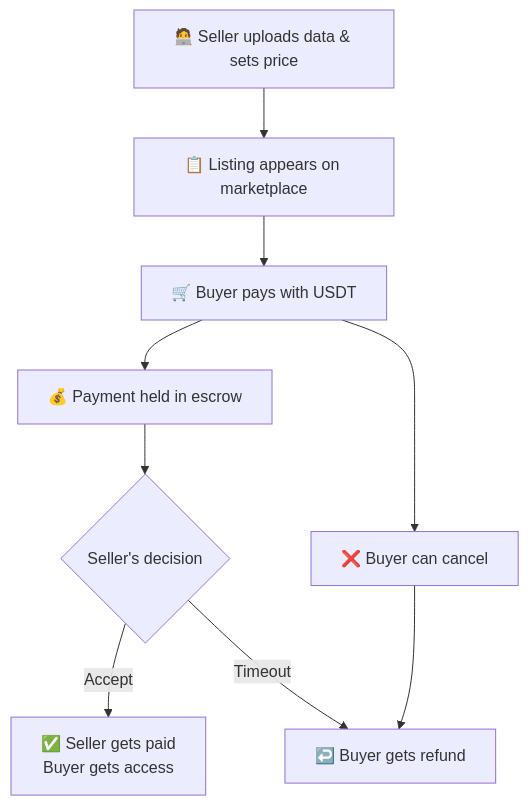
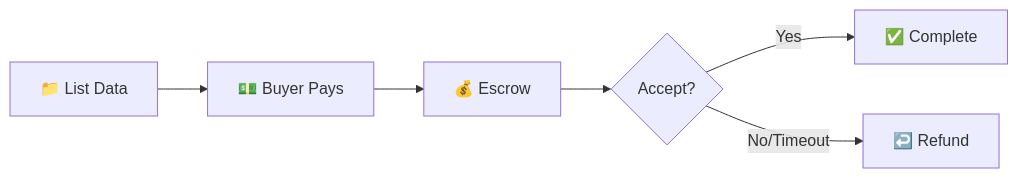
One commit to Selcuk05/veridy-core changed the second of 2 diagrams in README.md. Above: the diagram before and after it, drawn with Mermaid. The commit also changed other lines of this file, not shown here.

````diff
--- a/README.md
+++ b/README.md
@@ -36,11 +34,8 @@
 ```mermaid
-flowchart TB
-    A[🧑‍💻 Seller uploads data & sets price] --> B[📋 Listing appears on marketplace]
-    B --> C[🛒 Buyer pays with USDT]
-    C --> D[💰 Payment held in escrow]
-    D --> E{Seller's decision}
-    E -->|Accept| F[✅ Seller gets paid<br/>Buyer gets access]
-    E -->|Timeout| G[↩️ Buyer gets refund]
-    C --> H[❌ Buyer can cancel]
-    H --> G
+flowchart LR
+    A[📁 List Data] --> B[💵 Buyer Pays]
+    B --> C[💰 Escrow]
+    C --> D{Accept?}
+    D -->|Yes| E[✅ Complete]
+    D -->|No/Timeout| F[↩️ Refund]
 ``` 
````
